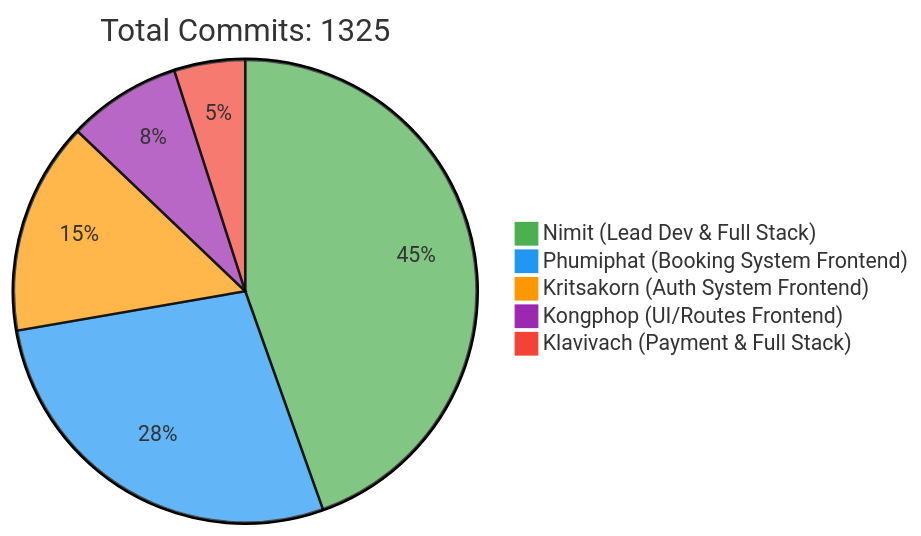
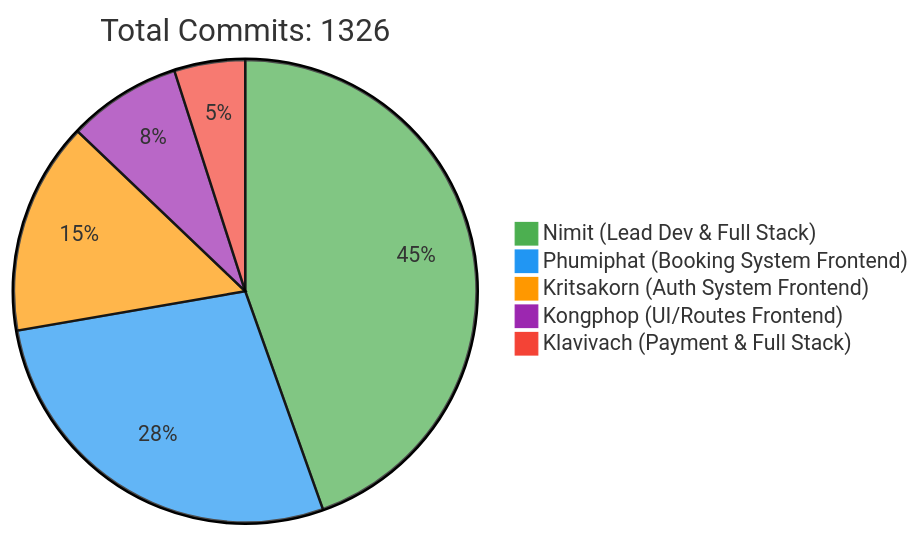
Before and after one commit to 6531503042/Sport-Complex: the first of 2 diagrams in README.md, drawn with Mermaid. The commit also changed other lines of this file, not shown here.

Commit message:
docs: Update contributor statistics [skip ci]

````diff
--- a/README.md
+++ b/README.md
@@ -257,10 +257,10 @@
 ```mermaid
 %%{init: {'theme': 'base', 'themeVariables': { 'pie1': '#4CAF50', 'pie2': '#2196F3', 'pie3': '#FF9800', 'pie4': '#9C27B0', 'pie5': '#F44336'}}}%%
 pie
-    title Total Commits: 1325
+    title Total Commits: 1326
     "Nimit (Lead Dev & Full Stack)" : 450
     "Phumiphat (Booking System Frontend)" : 280
     "Kritsakorn (Auth System Frontend)" : 150
     "Kongphop (UI/Routes Frontend)" : 80
     "Klavivach (Payment & Full Stack)" : 50
 ```
````
